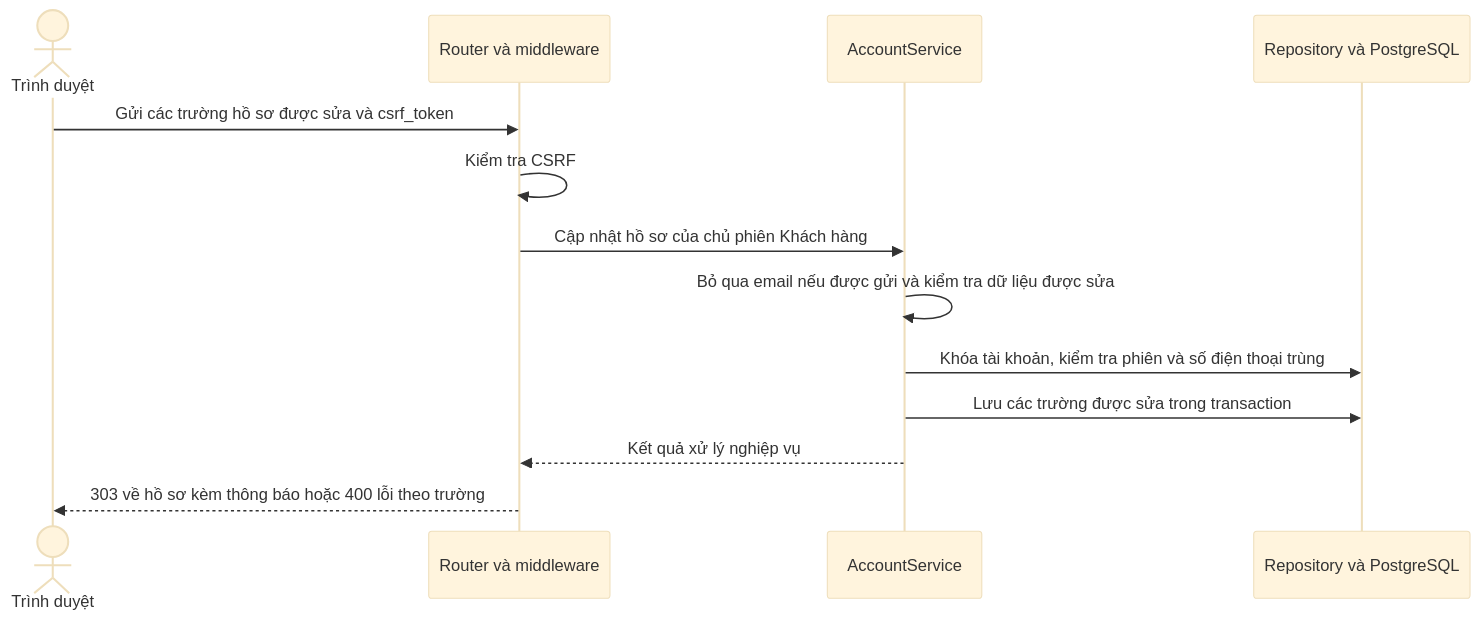
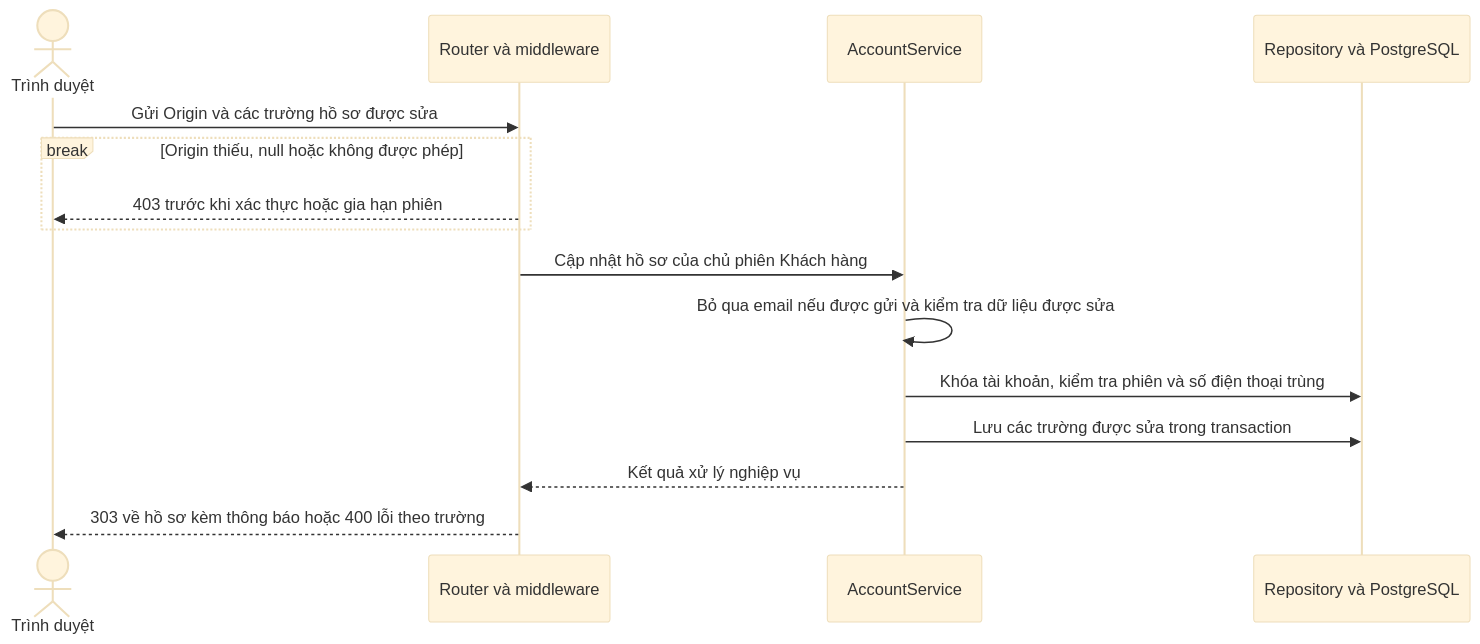
The diagram in docs/sequence/identity/post-account-profile.md (thanhklt/sobie-swimwear-e-commerce), drawn with Mermaid (base theme) before and after one commit. The commit also changed 27 other files, not shown here.

First line of the commit message:
refactor(identity): drop CSRF token, enforce Origin on all write requests

````diff
--- a/docs/sequence/identity/post-account-profile.md
+++ b/docs/sequence/identity/post-account-profile.md
@@ -5,15 +5,17 @@
 ```mermaid
 sequenceDiagram
     actor Browser as Trình duyệt
     participant Route as Router và middleware
     participant Service as AccountService
     participant Data as Repository và PostgreSQL
-    Browser->>Route: Gửi các trường hồ sơ được sửa và csrf_token
-    Route->>Route: Kiểm tra CSRF
+    Browser->>Route: Gửi Origin và các trường hồ sơ được sửa
+    break Origin thiếu, null hoặc không được phép
+        Route-->>Browser: 403 trước khi xác thực hoặc gia hạn phiên
+    end
     Route->>Service: Cập nhật hồ sơ của chủ phiên Khách hàng
     Service->>Service: Bỏ qua email nếu được gửi và kiểm tra dữ liệu được sửa
     Service->>Data: Khóa tài khoản, kiểm tra phiên và số điện thoại trùng
     Service->>Data: Lưu các trường được sửa trong transaction
     Service-->>Route: Kết quả xử lý nghiệp vụ
     Route-->>Browser: 303 về hồ sơ kèm thông báo hoặc 400 lỗi theo trường
 ```
````
